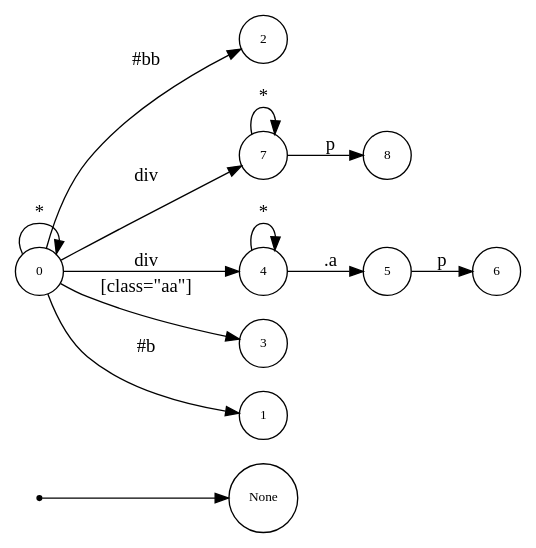
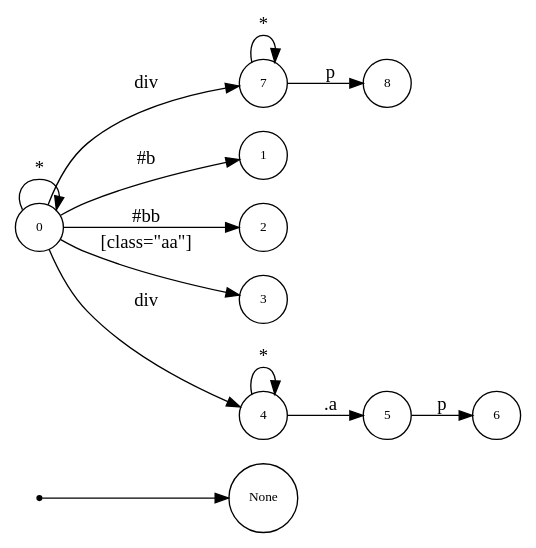
One commit to asukaminato0721/css-bitvector-compiler changed the diagram in css-gen-op/testcase/dot.dot. Above: the diagram before and after it, drawn with Graphviz. The commit also changed other lines of this file and 10 other files, not shown here.

```diff
--- a/css-gen-op/testcase/dot.dot
+++ b/css-gen-op/testcase/dot.dot
@@ -1,27 +1,27 @@
 digraph NFA {
   rankdir=LR;
   node [shape=circle, fontsize=10];
   __start [shape=point, label=""];
   __start -> None;
-  2 [label="2"];
   5 [label="5"];
   7 [label="7"];
+  6 [label="6"];
+  0 [label="0"];
+  1 [label="1"];
+  2 [label="2"];
+  3 [label="3"];
   4 [label="4"];
-  0 [label="0"];
-  3 [label="3"];
-  6 [label="6"];
   8 [label="8"];
-  1 [label="1"];
   { node [shape=doublecircle]; 1 2 3 6 8 }
   0 -> 0 [label="*"];
   0 -> 1 [label="#b"];
   0 -> 2 [label="#bb"];
   0 -> 3 [label="[class=\"aa\"]"];
   0 -> 4 [label="div"];
   4 -> 4 [label="*"];
   4 -> 5 [label=".a"];
   5 -> 6 [label="p"];
   0 -> 7 [label="div"];
   7 -> 7 [label="*"];
   7 -> 8 [label="p"];
 }
```
